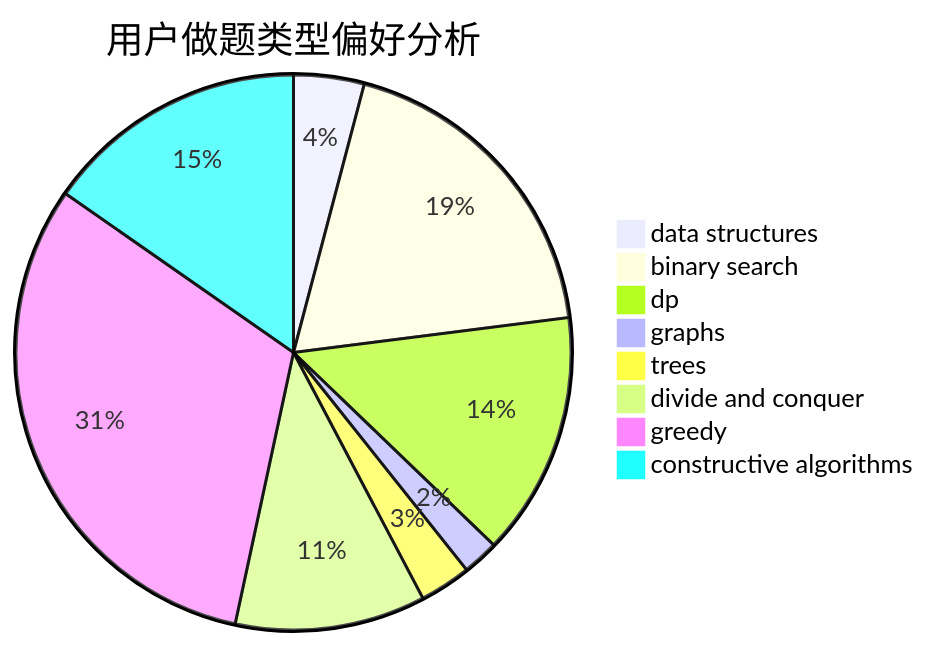
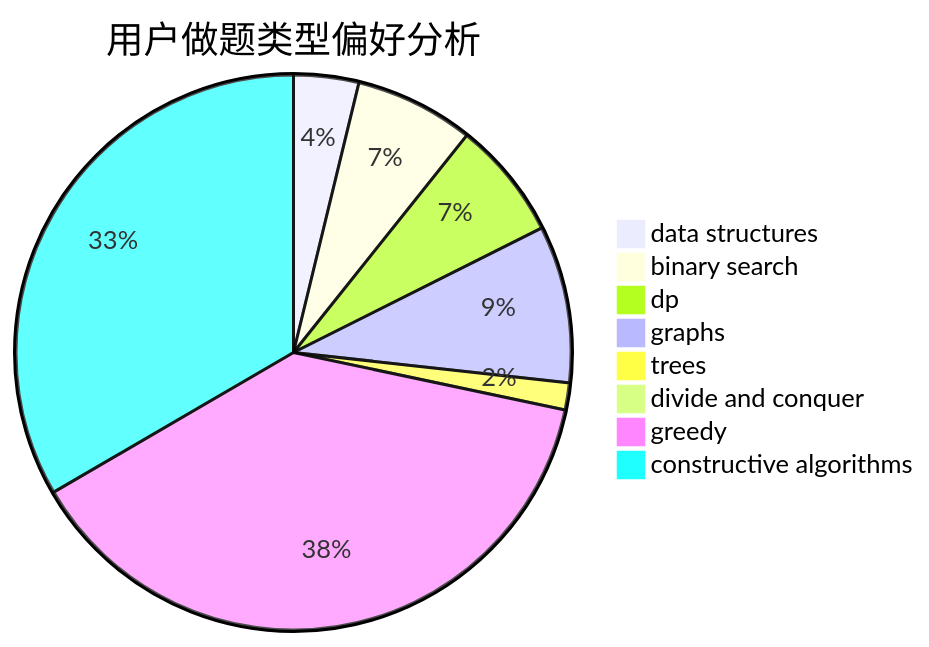
Before and after one commit to sherpahu/cfrs.github.io: the second of 3 diagrams in docs/user/u1715.md, drawn with Mermaid. The commit also changed other lines of this file and 2770 other files, not shown here.

````diff
--- a/docs/user/u1715.md
+++ b/docs/user/u1715.md
@@ -23,11 +23,11 @@
 ```mermaid
 pie title 用户做题类型偏好分析
-    "data structures" :  70
-    "binary search" :  322
-    "dp" :  242
-    "graphs" :  36
-    "trees" :  51
-    "divide and conquer" :  189
-    "greedy" :  534
-    "constructive algorithms" :  261
+    "data structures" :  65
+    "binary search" :  119
+    "dp" :  118
+    "graphs" :  157
+    "trees" :  27
+    "divide and conquer" :  0
+    "greedy" :  657
+    "constructive algorithms" :  573
 ```
````
